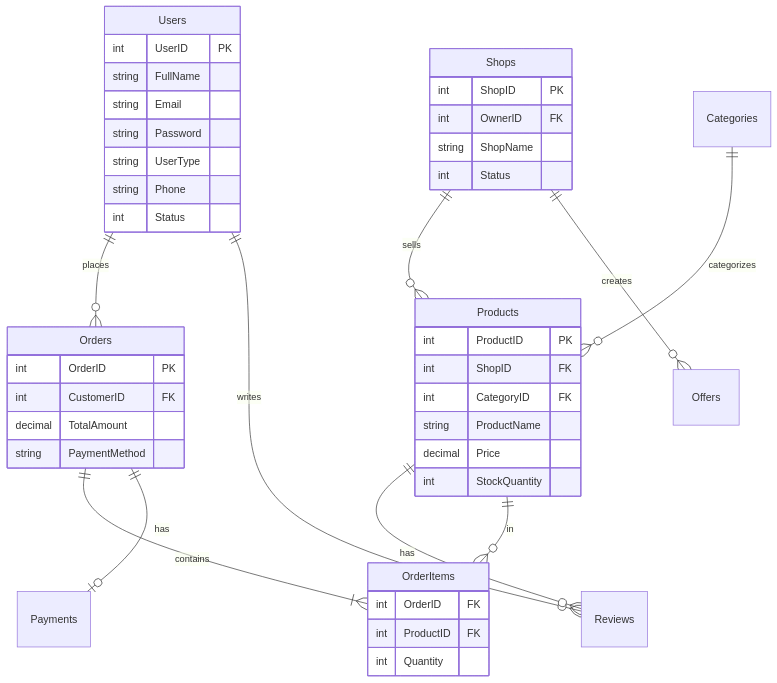
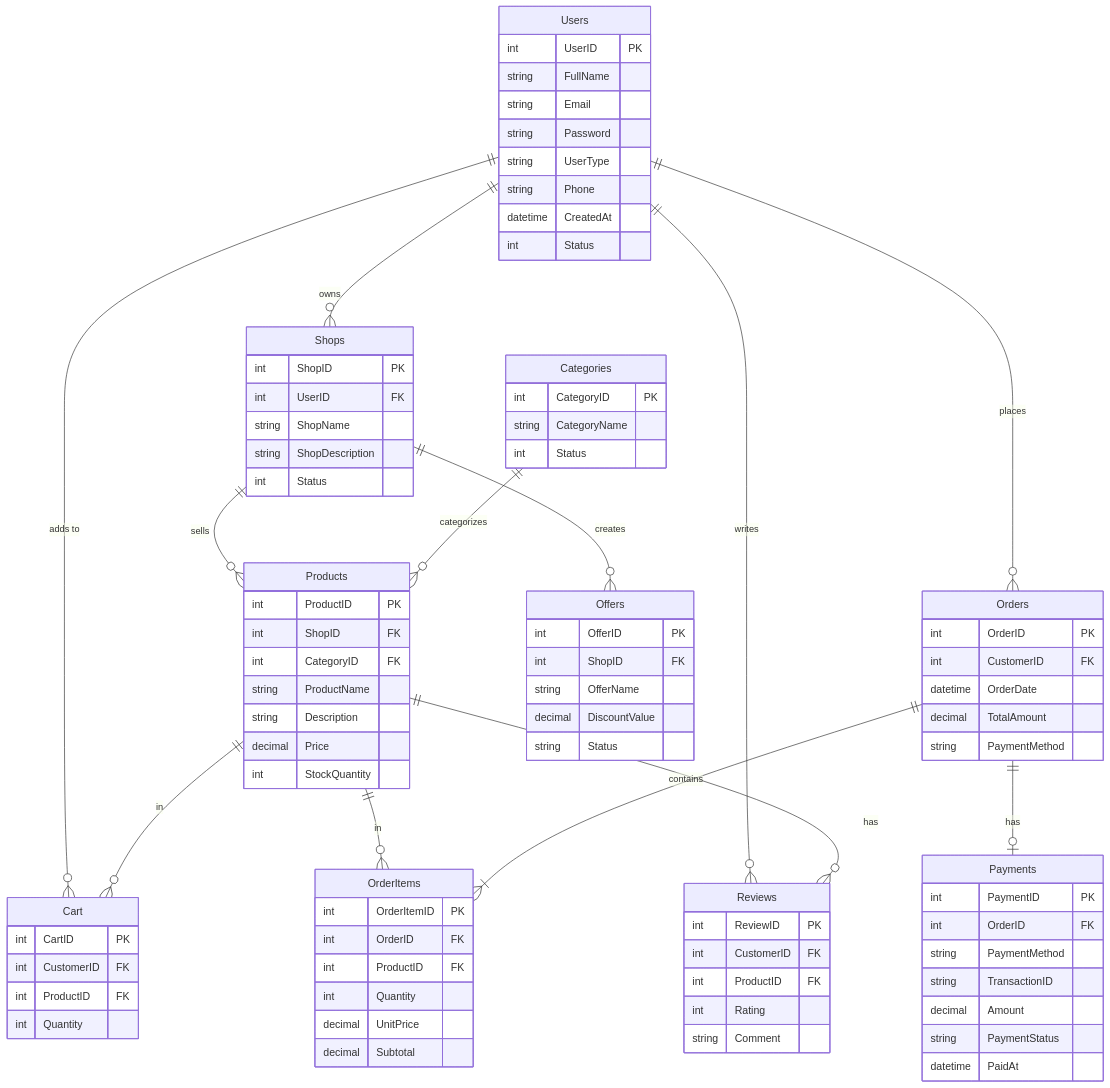
The first of 2 diagrams in README.md (zarifalafraime/smartphone-cover-shop), drawn with Mermaid before and after one commit. The commit also changed other lines of this file, not shown here.

Commit message:
docs: regenerate and correct 100% accurate database and UI diagrams

````diff
--- a/README.md
+++ b/README.md
@@ -27,13 +27,16 @@
 ```mermaid
 erDiagram
+    Users ||--o{ Shops : "owns"
+    Users ||--o{ Cart : "adds to"
     Users ||--o{ Orders : "places"
     Users ||--o{ Reviews : "writes"
     Shops ||--o{ Products : "sells"
+    Shops ||--o{ Offers : "creates"
+    Categories ||--o{ Products : "categorizes"
+    Products ||--o{ Cart : "in"
+    Products ||--o{ OrderItems : "in"
     Products ||--o{ Reviews : "has"
-    Categories ||--o{ Products : "categorizes"
-    Shops ||--o{ Offers : "creates"
     Orders ||--|{ OrderItems : "contains"
-    Products ||--o{ OrderItems : "in"
     Orders ||--o| Payments : "has"
 
     Users {
@@ -43,12 +46,19 @@
         string Password
         string UserType
         string Phone
+        datetime CreatedAt
         int Status
     }
     Shops {
         int ShopID PK
-        int OwnerID FK
+        int UserID FK
         string ShopName
+        string ShopDescription
+        int Status
+    }
+    Categories {
+        int CategoryID PK
+        string CategoryName
         int Status
     }
     Products {
@@ -56,18 +66,52 @@
         int ShopID FK
         int CategoryID FK
         string ProductName
+        string Description
         decimal Price
         int StockQuantity
+    }
+    Cart {
+        int CartID PK
+        int CustomerID FK
+        int ProductID FK
+        int Quantity
     }
     Orders {
         int OrderID PK
         int CustomerID FK
+        datetime OrderDate
         decimal TotalAmount
         string PaymentMethod
     }
     OrderItems {
+        int OrderItemID PK
         int OrderID FK
         int ProductID FK
         int Quantity
+        decimal UnitPrice
+        decimal Subtotal
+    }
+    Payments {
+        int PaymentID PK
+        int OrderID FK
+        string PaymentMethod
+        string TransactionID
+        decimal Amount
+        string PaymentStatus
+        datetime PaidAt
+    }
+    Reviews {
+        int ReviewID PK
+        int CustomerID FK
+        int ProductID FK
+        int Rating
+        string Comment
+    }
+    Offers {
+        int OfferID PK
+        int ShopID FK
+        string OfferName
+        decimal DiscountValue
+        string Status
     }
 ```
````
